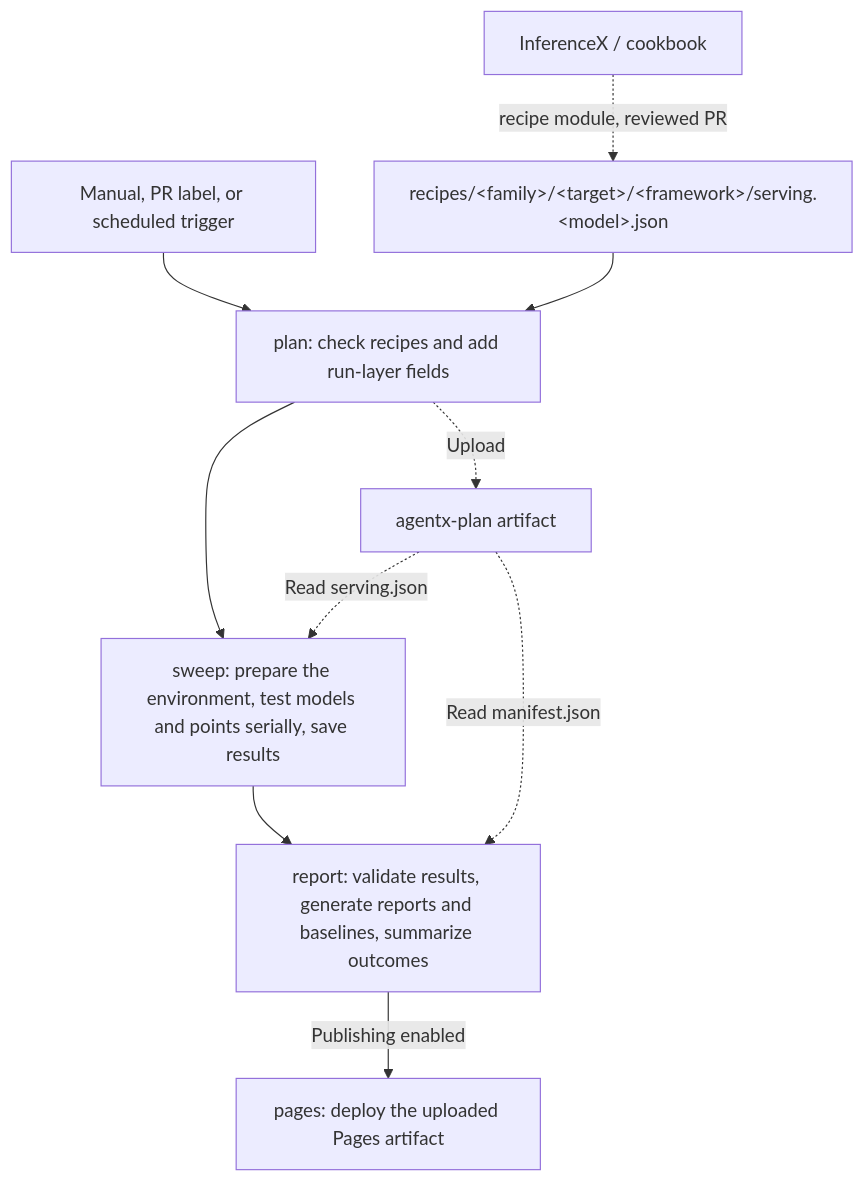
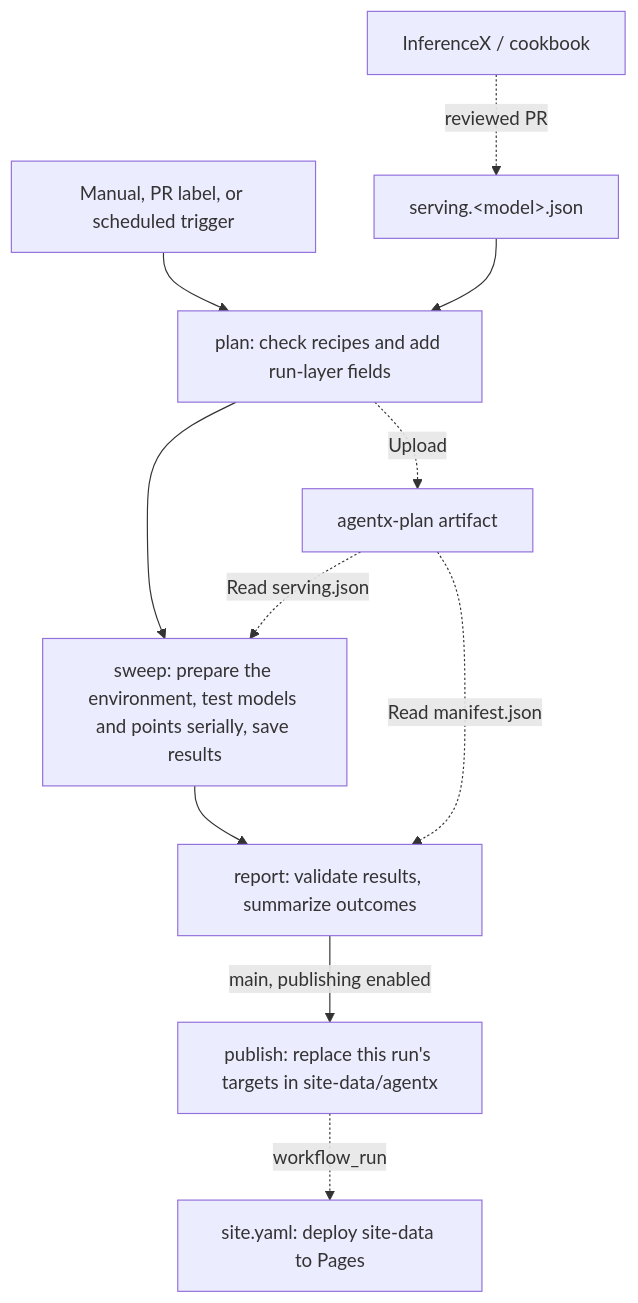
One commit to AMD-AGI/AKLR changed the diagram in benchmarks/agentx/README.md. Above: the diagram before and after it, drawn with Mermaid. The commit also changed other lines of this file and 11 other files, not shown here.

First line of the commit message:
feat(agentx): publish results to a site-data branch, deployed by site.yaml

````diff
--- a/benchmarks/agentx/README.md
+++ b/benchmarks/agentx/README.md
@@ -11,11 +11,12 @@
 ```mermaid
 flowchart TD
     T["Manual, PR label, or scheduled trigger"] --> P["plan: check recipes and add run-layer fields"]
-    X["InferenceX / cookbook"] -.->|"recipe module, reviewed PR"| L["recipes/#lt;family#gt;/#lt;target#gt;/#lt;framework#gt;/serving.#lt;model#gt;.json"] --> P
+    X["InferenceX / cookbook"] -.->|"reviewed PR"| L["serving.#lt;model#gt;.json"] --> P
     P --> S["sweep: prepare the environment, test models and points serially, save results"]
-    S --> R["report: validate results, generate reports and baselines, summarize outcomes"]
-    R -->|"Publishing enabled"| D["pages: deploy the uploaded Pages artifact"]
+    S --> R["report: validate results, summarize outcomes"]
+    R -->|"main, publishing enabled"| D["publish: replace this run's targets in site-data/agentx"]
+    D -.->|"workflow_run"| W["site.yaml: deploy site-data to Pages"]
     P -.->|"Upload"| A["agentx-plan artifact"]
     A -.->|"Read serving.json"| S
     A -.->|"Read manifest.json"| R
 ```
````
